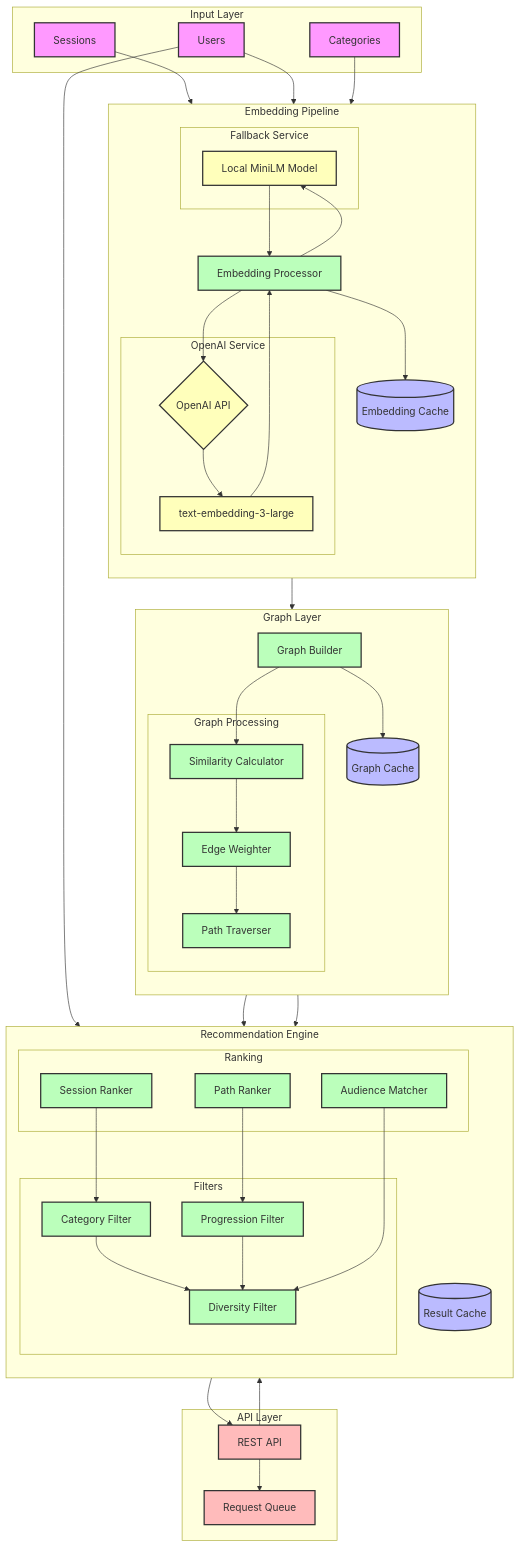
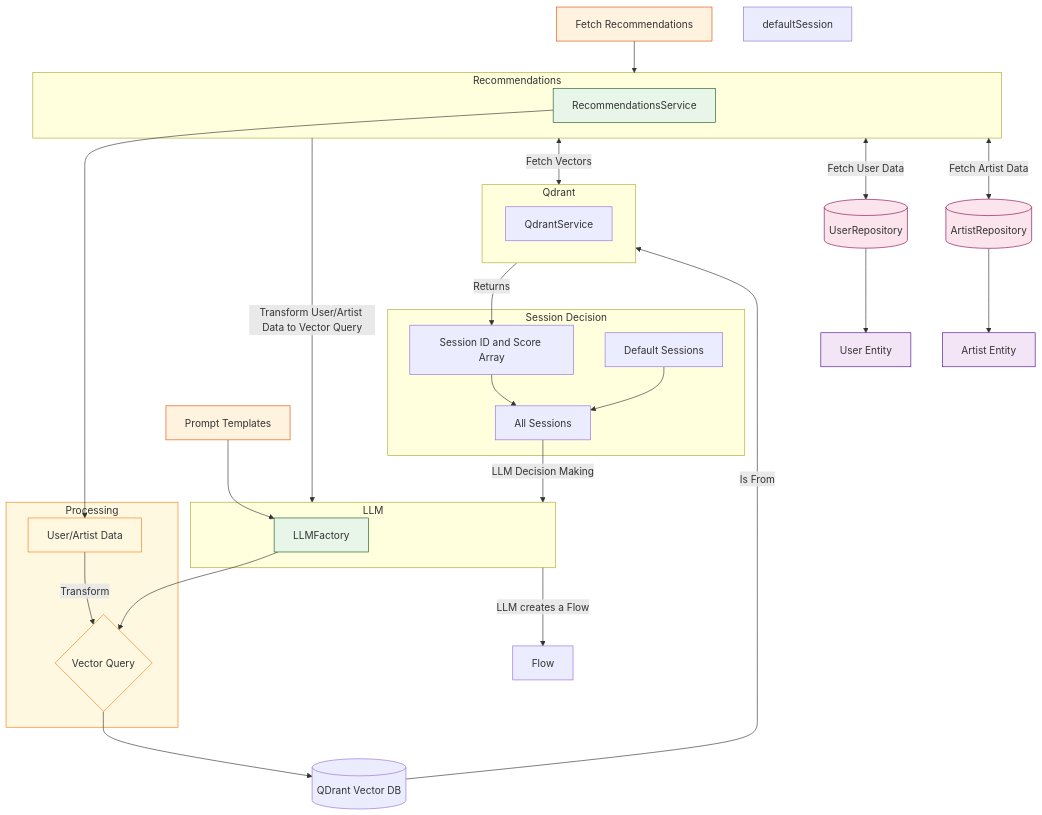
The diagram in apps/find-your-flow-rag/developer/flow recommendation/architecture.md (c-wenlong/corite-pocs), drawn with Mermaid before and after one commit. The commit also changed 1 other file, not shown here.

````diff
--- a/apps/find-your-flow-rag/developer/flow recommendation/architecture.md
+++ b/apps/find-your-flow-rag/developer/flow recommendation/architecture.md
@@ -1,105 +1,86 @@
 ```mermaid
-flowchart TB
-    subgraph Input Layer
-        S[Sessions]
-        U[Users]
-        C[Categories]
+graph TD
+    %% Main Module
+    subgraph Recommendations
+      RecService[RecommendationsService]
     end
 
-    subgraph Embedding Pipeline
-        direction TB
-        EP[Embedding Processor]
-        EC[(Embedding Cache)]
-
-        subgraph OpenAI Service
-            OAI{OpenAI API}
-            EM[text-embedding-3-large]
-        end
-
-        subgraph Fallback Service
-            FM[Local MiniLM Model]
-        end
+    %% Qdrant Module
+    subgraph Qdrant
+      QdService[QdrantService]
     end
 
-    subgraph Graph Layer
-        direction TB
-        GB[Graph Builder]
-        GC[(Graph Cache)]
-
-        subgraph Graph Processing
-            CS[Similarity Calculator]
-            EW[Edge Weighter]
-            PT[Path Traverser]
-        end
+    %% LLM Module
+    subgraph LLM
+      LLMFactory[LLMFactory]
     end
 
-    subgraph Recommendation Engine
-        direction TB
-        RC[Recommendation Controller]
+    %% Databases
+    UserRepo[(UserRepository)]
+    ArtistRepo[(ArtistRepository)]
+    qdrant[(QDrant Vector DB)]
 
-        subgraph Ranking
-            SR[Session Ranker]
-            PR[Path Ranker]
-            AR[Audience Matcher]
-        end
+    %% Handlers and Components
+    TickHandler[Fetch Recommendations]
+    Prompts[Prompt Templates]
 
-        subgraph Filters
-            CF[Category Filter]
-            PF[Progression Filter]
-            DF[Diversity Filter]
-        end
+    %% Entities
+    UserEntity[User Entity]
+    ArtistEntity[Artist Entity]
+
+    %% Module Dependencies
+    Recommendations --> |Transform User/Artist Data to Vector Query| LLM
+    Recommendations <--> |Fetch Vectors| Qdrant
+
+    %% Data Flow
+    Recommendations <--> |Fetch User Data| UserRepo
+    Recommendations <--> |Fetch Artist Data| ArtistRepo
+
+    %% QDrant query
+    LLMFactory --> VectorQuery{Vector Query}
+    Prompts --> LLMFactory
+    VectorQuery --> qdrant
+    qdrant --> |Is From| Qdrant
+    Qdrant --> |Returns| recommendedSessions[Session ID and Score Array]
+
+    %% Repository Dependencies
+    UserRepo --> UserEntity
+    ArtistRepo --> ArtistEntity
+
+    %% Handler Dependencies
+    TickHandler --> Recommendations
+
+    %% Processing Steps
+    subgraph Processing
+        UserArtistData[User/Artist Data] --> |Transform| VectorQuery
     end
 
-    subgraph API Layer
-        API[REST API]
-        RQ[Request Queue]
-        RC[(Result Cache)]
+    %% Session Decision Pipeline
+    defaultSessions[Default Sessions]
+    allSessions[All Sessions]
+    defaultSession
+    subgraph Session Decision
+        recommendedSessions --> allSessions
+        defaultSessions --> allSessions
     end
+    allSessions --> |LLM Decision Making| LLM
+    LLM --> |LLM creates a Flow| Flow["Flow"]
 
-    %% Connections
-    S --> EP
-    U --> EP
-    C --> EP
-
-    EP --> OAI
-    OAI --> EM
-    EM --> EP
-    EP --> EC
-
-    EP --> FM
-    FM --> EP
-
-    EP --> GB
-    GB --> GC
-
-    GB --> CS
-    CS --> EW
-    EW --> PT
-
-    PT --> SR
-    PT --> PR
-    U --> AR
-
-    SR --> CF
-    PR --> PF
-    CF --> DF
-    PF --> DF
-    AR --> DF
-
-    DF --> API
-    API --> RQ
-    API --> RC
+    RecService --> UserArtistData
 
     %% Styling
-    classDef input fill:#f9f,stroke:#333,stroke-width:2px
-    classDef processor fill:#bfb,stroke:#333,stroke-width:2px
-    classDef storage fill:#bbf,stroke:#333,stroke-width:2px
-    classDef api fill:#fbb,stroke:#333,stroke-width:2px
-    classDef service fill:#ffb,stroke:#333,stroke-width:2px
+    classDef module fill:#e1f5fe,stroke:#01579b
+    classDef service fill:#e8f5e9,stroke:#1b5e20
+    classDef repo fill:#fce4ec,stroke:#880e4f
+    classDef entity fill:#f3e5f5,stroke:#4a148c
+    classDef component fill:#fff3e0,stroke:#e65100
+    classDef processing fill:#fff8e1,stroke:#f57f17
 
-    class S,U,C input
-    class EP,GB,CS,EW,PT,SR,PR,AR,CF,PF,DF processor
-    class EC,GC,RC storage
-    class API,RQ api
-    class OAI,EM,FM service
+    class RecModule,LLMModule module
+    class RecService,LLMFactory service
+    class UserRepo,ArtistRepo,QDrant repo
+    class UserEntity,ArtistEntity entity
+    class TickHandler,Prompts,DTOs component
+    class Processing,UserArtistData,VectorQuery processing
+
 ```
````
